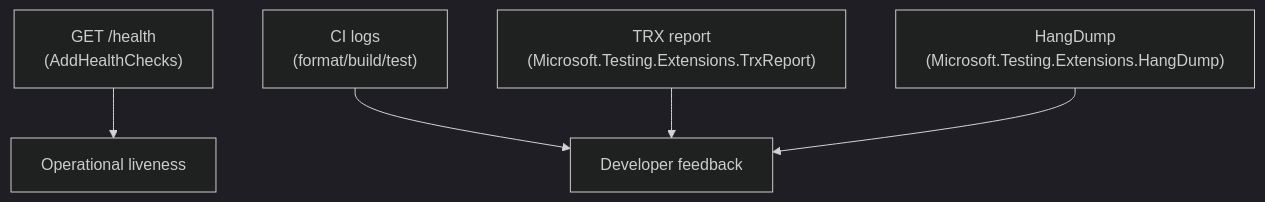
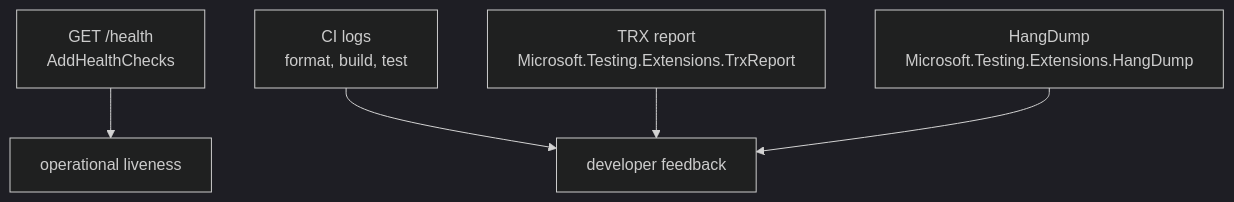
Before and after one commit to e128/dotnet-reference: the fourth of 4 diagrams in docs/architecture/system.md, drawn with Mermaid (dark theme). The commit also changed other lines of this file and 20 other files, not shown here.

````diff
--- a/docs/architecture/system.md
+++ b/docs/architecture/system.md
@@ -113,7 +121,7 @@
 ```mermaid
 graph TB
-  health["GET /health<br/>(AddHealthChecks)"] --> ops["Operational liveness"]
-  ci["CI logs<br/>(format/build/test)"] --> dev["Developer feedback"]
-  trx["TRX report<br/>(Microsoft.Testing.Extensions.TrxReport)"] --> dev
-  hang["HangDump<br/>(Microsoft.Testing.Extensions.HangDump)"] --> dev
+  health["GET /health<br/>AddHealthChecks"] --> ops["operational liveness"]
+  ci["CI logs<br/>format, build, test"] --> dev["developer feedback"]
+  trx["TRX report<br/>Microsoft.Testing.Extensions.TrxReport"] --> dev
+  hang["HangDump<br/>Microsoft.Testing.Extensions.HangDump"] --> dev
 ```
````
